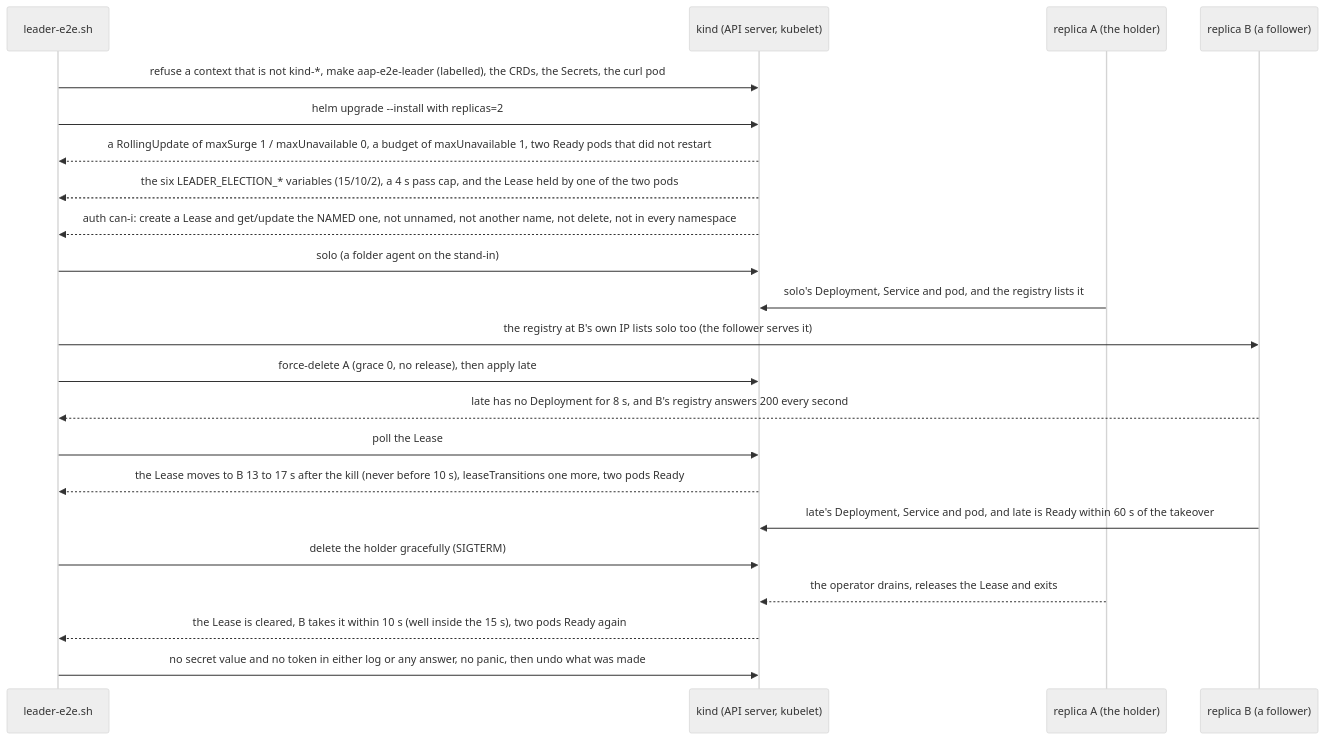
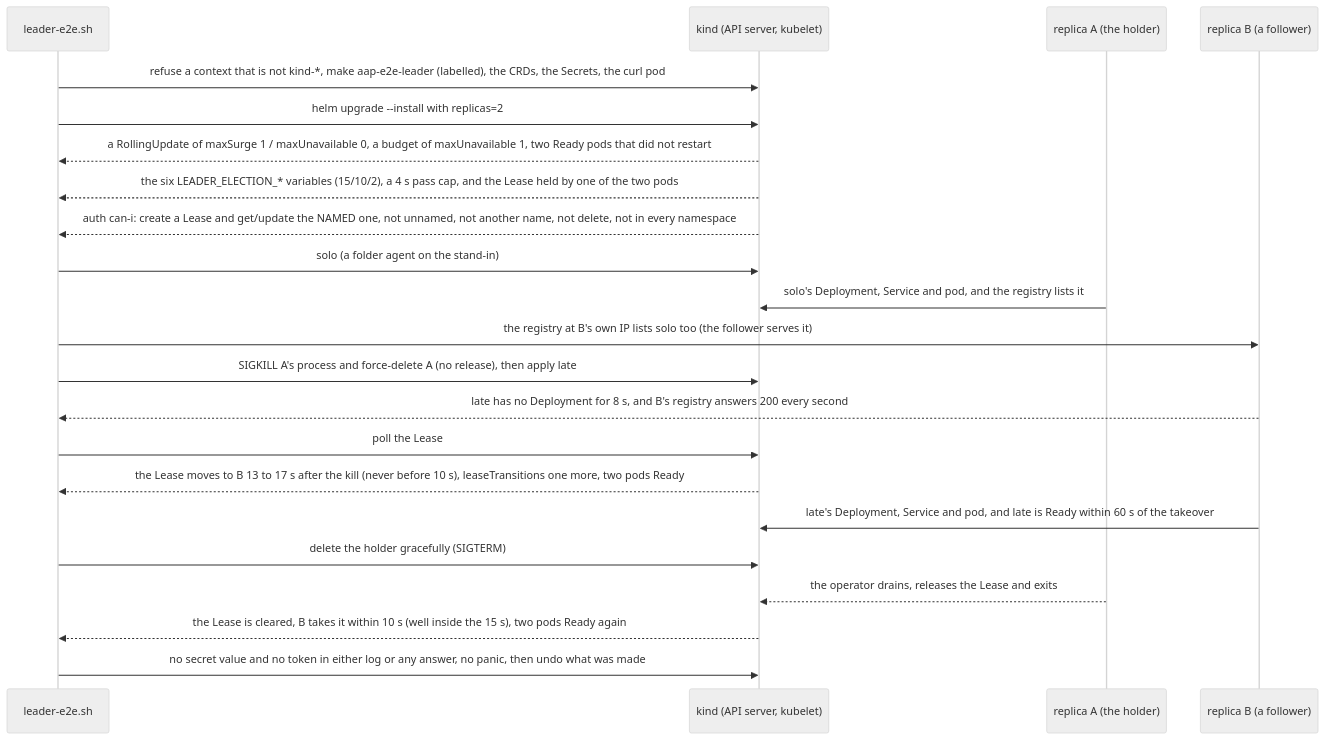
Diagram 11 of 12 in deploy/operator/tests/e2e/README.md (vymalo/another-agentic-platform), drawn with Mermaid (neutral theme) before and after one commit. The commit also changed other lines of this file and 5 other files, not shown here.

````diff
--- a/deploy/operator/tests/e2e/README.md
+++ b/deploy/operator/tests/e2e/README.md
@@ -726,25 +726,25 @@
 ```mermaid
 sequenceDiagram
     participant J as leader-e2e.sh
     participant K as kind (API server, kubelet)
     participant A as replica A (the holder)
     participant B as replica B (a follower)
 
     J->>K: refuse a context that is not kind-*, make aap-e2e-leader (labelled), the CRDs, the Secrets, the curl pod
     J->>K: helm upgrade --install with replicas=2
     K-->>J: a RollingUpdate of maxSurge 1 / maxUnavailable 0, a budget of maxUnavailable 1, two Ready pods that did not restart
     K-->>J: the six LEADER_ELECTION_* variables (15/10/2), a 4 s pass cap, and the Lease held by one of the two pods
     K-->>J: auth can-i: create a Lease and get/update the NAMED one, not unnamed, not another name, not delete, not in every namespace
     J->>K: solo (a folder agent on the stand-in)
     A->>K: solo's Deployment, Service and pod, and the registry lists it
     J->>B: the registry at B's own IP lists solo too (the follower serves it)
-    J->>K: force-delete A (grace 0, no release), then apply late
+    J->>K: SIGKILL A's process and force-delete A (no release), then apply late
     B-->>J: late has no Deployment for 8 s, and B's registry answers 200 every second
     J->>K: poll the Lease
     K-->>J: the Lease moves to B 13 to 17 s after the kill (never before 10 s), leaseTransitions one more, two pods Ready
     B->>K: late's Deployment, Service and pod, and late is Ready within 60 s of the takeover
     J->>K: delete the holder gracefully (SIGTERM)
     A-->>K: the operator drains, releases the Lease and exits
     K-->>J: the Lease is cleared, B takes it within 10 s (well inside the 15 s), two pods Ready again
     J->>K: no secret value and no token in either log or any answer, no panic, then undo what was made
 ```
````
